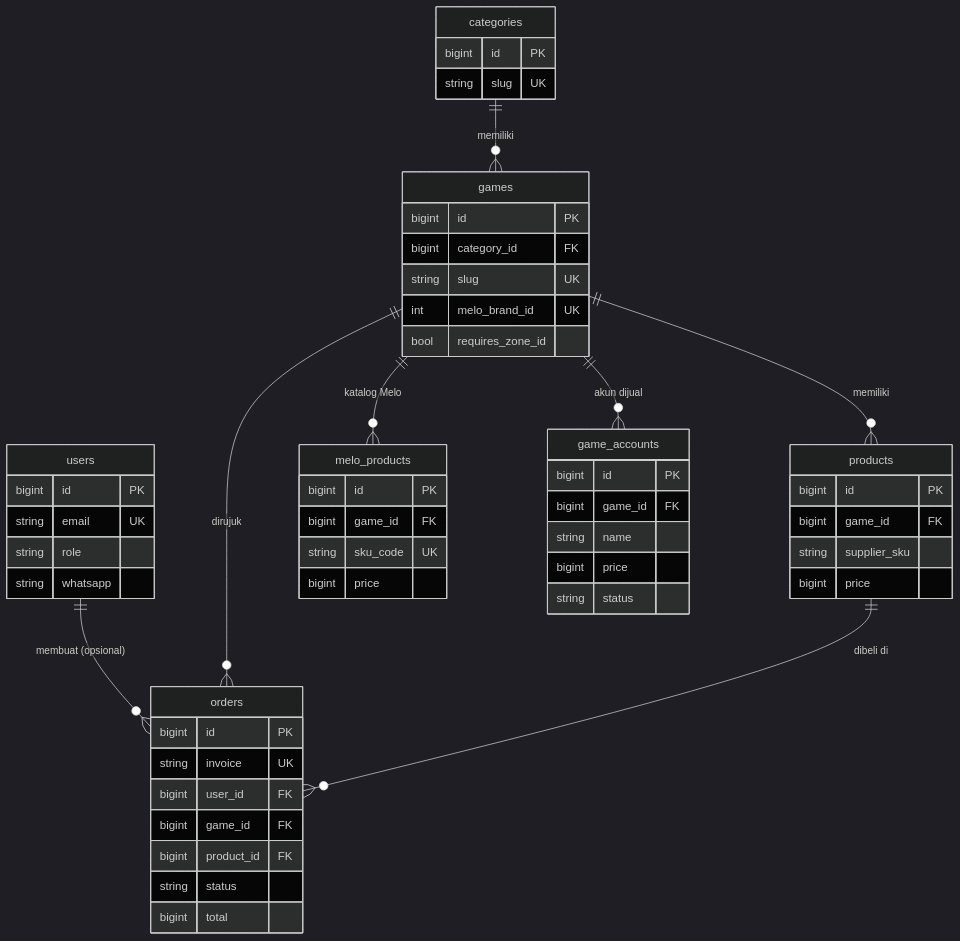
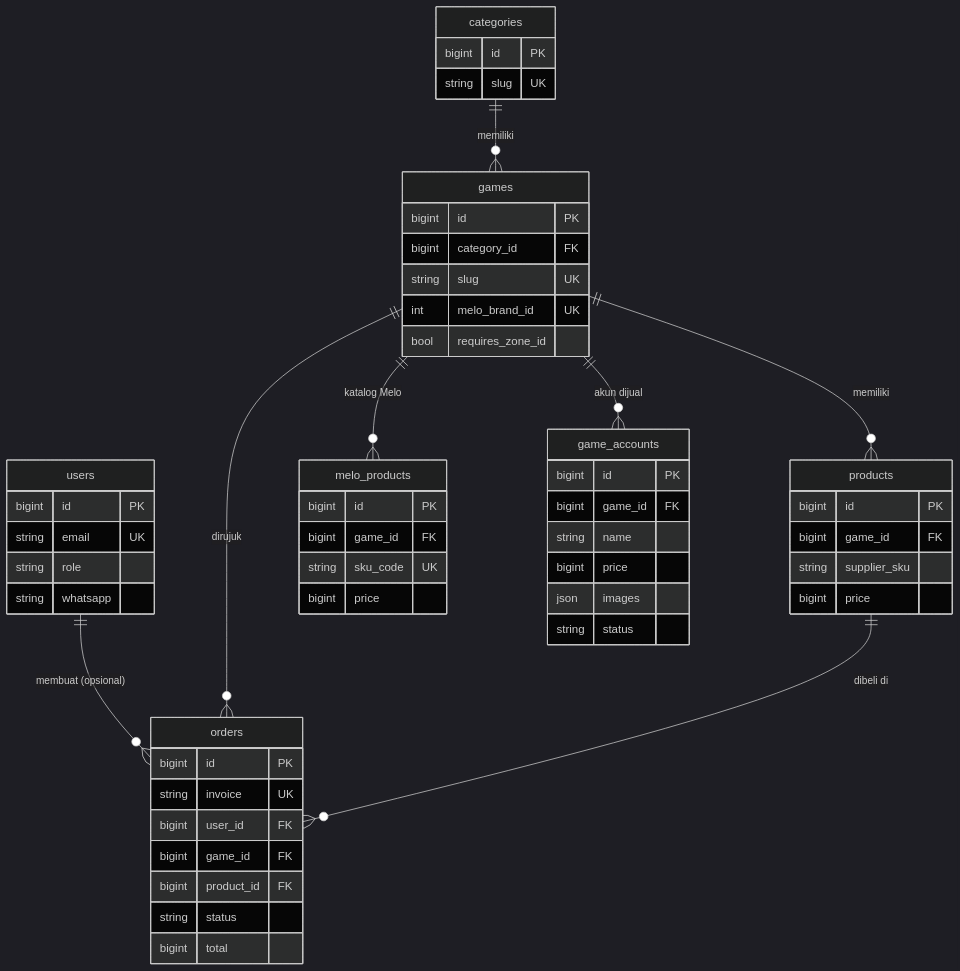
Before and after one commit to ilhamfajarandika/zeth-market: the diagram in docs/DATABASE_DESIGN.md, drawn with Mermaid (dark theme). The commit also changed other lines of this file and 6 other files, not shown here.

````diff
--- a/docs/DATABASE_DESIGN.md
+++ b/docs/DATABASE_DESIGN.md
@@ -30,42 +30,43 @@
 ```mermaid
 erDiagram
     users ||--o{ orders : "membuat (opsional)"
     categories ||--o{ games : memiliki
     games ||--o{ products : memiliki
     games ||--o{ melo_products : "katalog Melo"
     games ||--o{ orders : "dirujuk"
     products ||--o{ orders : "dibeli di"
     games ||--o{ game_accounts : "akun dijual"
 
     users { bigint id PK
         string email UK
         string role
         string whatsapp }
     categories { bigint id PK
         string slug UK }
     games { bigint id PK
         bigint category_id FK
         string slug UK
         int melo_brand_id UK
         bool requires_zone_id }
     products { bigint id PK
         bigint game_id FK
         string supplier_sku
         bigint price }
     melo_products { bigint id PK
         bigint game_id FK
         string sku_code UK
         bigint price }
     orders { bigint id PK
         string invoice UK
         bigint user_id FK
         bigint game_id FK
         bigint product_id FK
         string status
         bigint total }
     game_accounts { bigint id PK
         bigint game_id FK
         string name
         bigint price
+        json images
         string status }
 ```
````
